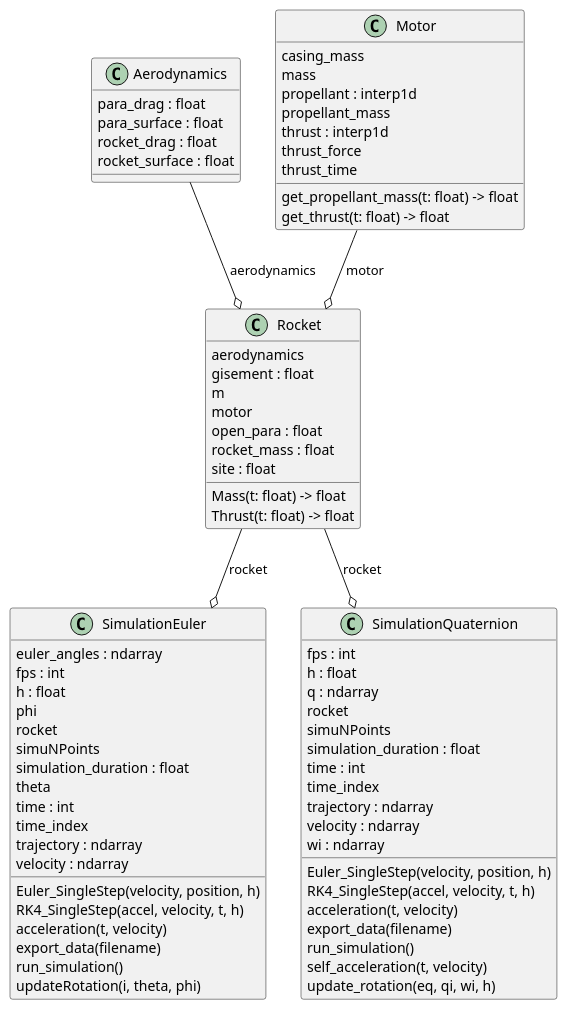
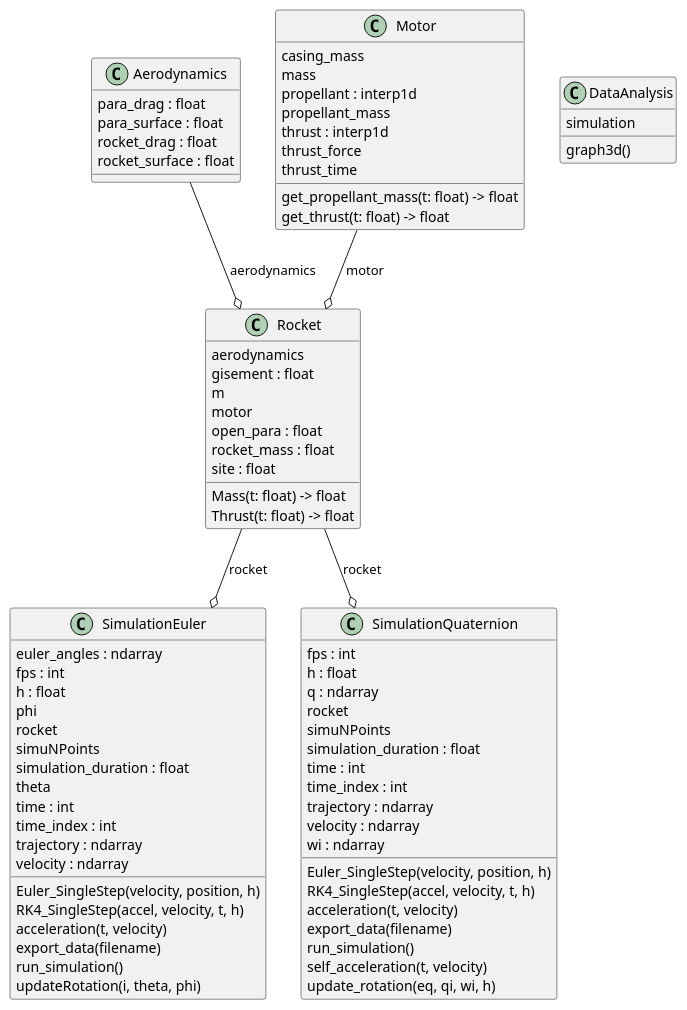
One commit to Mixcraftio/TIPE changed the diagram in Simulation/classes.puml. Above: the diagram before and after it, drawn with PlantUML. The commit also changed 4 other files, not shown here.

Commit message:
Cleanup simulation analysis

```diff
--- a/Simulation/classes.puml
+++ b/Simulation/classes.puml
@@ -1,75 +1,79 @@
 @startuml classes
 set namespaceSeparator none
 class "Aerodynamics" as simulation.Aerodynamics {
   para_drag : float
   para_surface : float
   rocket_drag : float
   rocket_surface : float
+}
+class "DataAnalysis" as simulation.DataAnalysis {
+  simulation
+  graph3d()
 }
 class "Motor" as simulation.Motor {
   casing_mass
   mass
   propellant : interp1d
   propellant_mass
   thrust : interp1d
   thrust_force
   thrust_time
   get_propellant_mass(t: float) -> float
   get_thrust(t: float) -> float
 }
 class "Rocket" as simulation.Rocket {
   aerodynamics
   gisement : float
   m
   motor
   open_para : float
   rocket_mass : float
   site : float
   Mass(t: float) -> float
   Thrust(t: float) -> float
 }
 class "SimulationEuler" as simulation.SimulationEuler {
   euler_angles : ndarray
   fps : int
   h : float
   phi
   rocket
   simuNPoints
   simulation_duration : float
   theta
   time : int
-  time_index
+  time_index : int
   trajectory : ndarray
   velocity : ndarray
   Euler_SingleStep(velocity, position, h)
   RK4_SingleStep(accel, velocity, t, h)
   acceleration(t, velocity)
   export_data(filename)
   run_simulation()
   updateRotation(i, theta, phi)
 }
 class "SimulationQuaternion" as simulation.SimulationQuaternion {
   fps : int
   h : float
   q : ndarray
   rocket
   simuNPoints
   simulation_duration : float
   time : int
-  time_index
+  time_index : int
   trajectory : ndarray
   velocity : ndarray
   wi : ndarray
   Euler_SingleStep(velocity, position, h)
   RK4_SingleStep(accel, velocity, t, h)
   acceleration(t, velocity)
   export_data(filename)
   run_simulation()
   self_acceleration(t, velocity)
   update_rotation(eq, qi, wi, h)
 }
 simulation.Aerodynamics --o simulation.Rocket : aerodynamics
 simulation.Motor --o simulation.Rocket : motor
 simulation.Rocket --o simulation.SimulationEuler : rocket
 simulation.Rocket --o simulation.SimulationQuaternion : rocket
 @enduml
```
